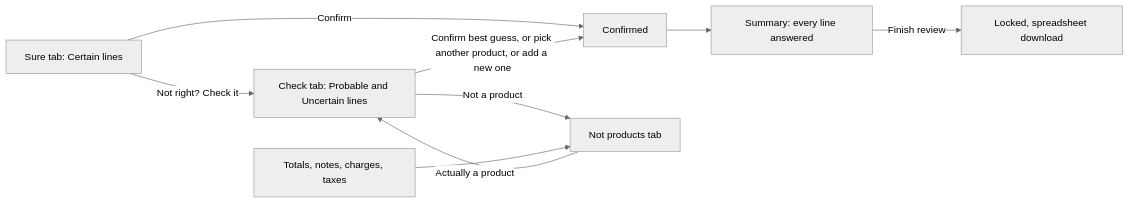
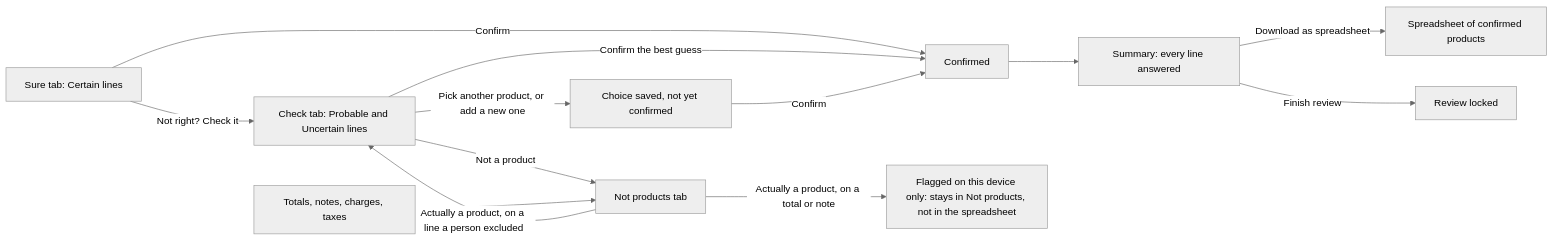
The diagram in docs/how-it-works/05-the-review-screen.md (CarlitosRed/advance-po-reader), drawn with Mermaid (neutral theme) before and after one commit. The commit also changed other lines of this file and 8 other files, not shown here.

````diff
--- a/docs/how-it-works/05-the-review-screen.md
+++ b/docs/how-it-works/05-the-review-screen.md
@@ -27,11 +27,15 @@
 ```mermaid
 flowchart LR
   S["Sure tab: Certain lines"] -->|"Confirm"| OK["Confirmed"]
   S -->|"Not right? Check it"| C["Check tab: Probable and Uncertain lines"]
-  C -->|"Confirm best guess, or pick another product, or add a new one"| OK
+  C -->|"Confirm the best guess"| OK
+  C -->|"Pick another product, or add a new one"| SEL["Choice saved, not yet confirmed"]
+  SEL -->|"Confirm"| OK
   C -->|"Not a product"| N["Not products tab"]
-  N -->|"Actually a product"| C
+  N -->|"Actually a product, on a line a person excluded"| C
   X["Totals, notes, charges, taxes"] --> N
+  N -->|"Actually a product, on a total or note"| F["Flagged on this device only: stays in Not products, not in the spreadsheet"]
   OK --> SUM["Summary: every line answered"]
-  SUM -->|"Finish review"| DONE["Locked, spreadsheet download"]
+  SUM -->|"Download as spreadsheet"| CSV["Spreadsheet of confirmed products"]
+  SUM -->|"Finish review"| DONE["Review locked"]
 ```
````
